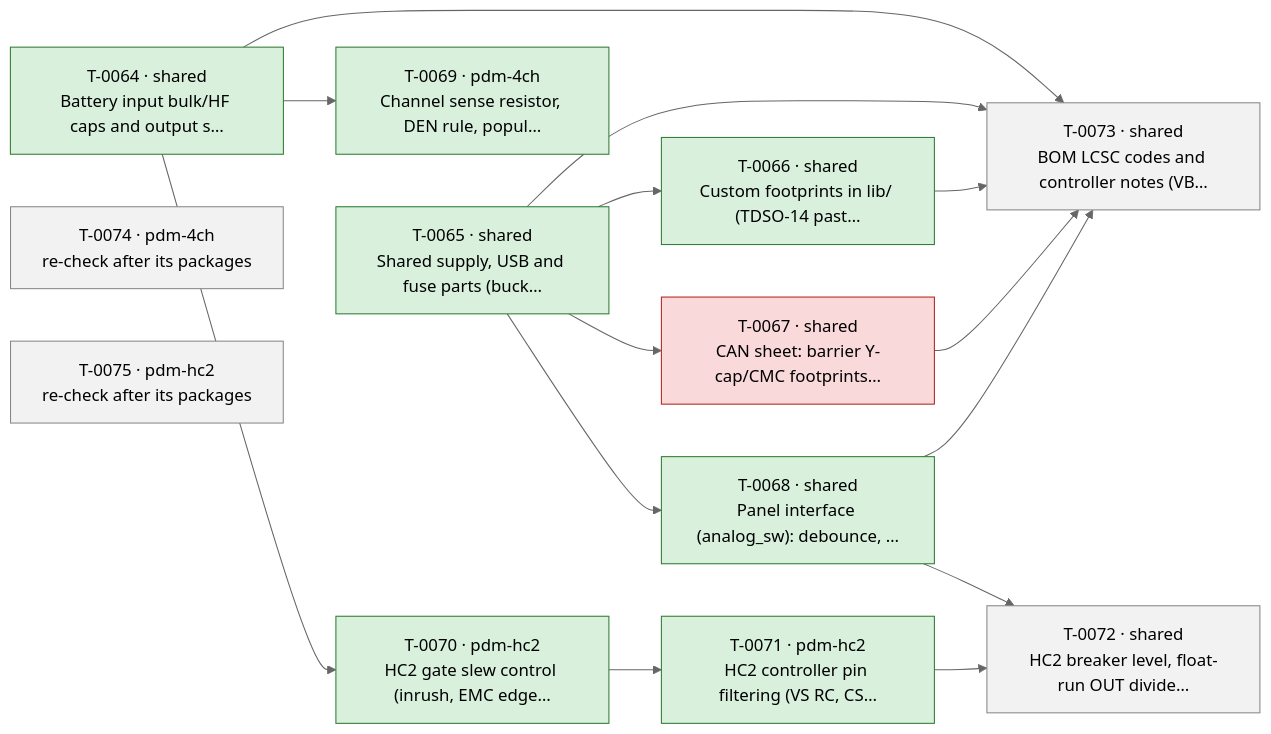
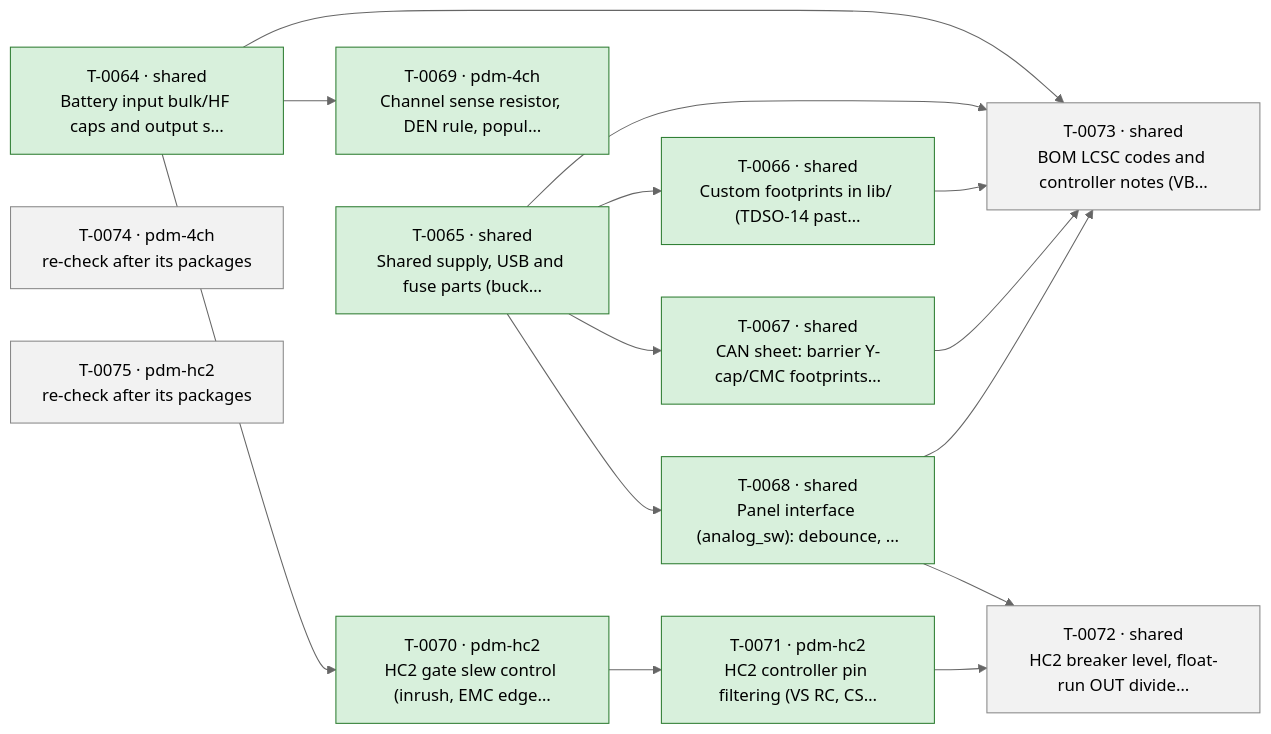
The diagram in docs/ROADMAP.md (plektra/ESP32-PDM), drawn with Mermaid (neutral theme) before and after one commit. The commit also changed other lines of this file and 1 other file, not shown here.

````diff
--- a/docs/ROADMAP.md
+++ b/docs/ROADMAP.md
@@ -18,32 +18,32 @@
 ```mermaid
 flowchart LR
   T0064["T-0064 · shared<br/>Battery input bulk/HF caps and output s…"]:::done
   T0065["T-0065 · shared<br/>Shared supply, USB and fuse parts (buck…"]:::done
   T0066["T-0066 · shared<br/>Custom footprints in lib/ (TDSO-14 past…"]:::done
-  T0067["T-0067 · shared<br/>CAN sheet: barrier Y-cap/CMC footprints…"]:::failed
+  T0067["T-0067 · shared<br/>CAN sheet: barrier Y-cap/CMC footprints…"]:::done
   T0068["T-0068 · shared<br/>Panel interface (analog_sw): debounce, …"]:::done
   T0069["T-0069 · pdm-4ch<br/>Channel sense resistor, DEN rule, popul…"]:::done
   T0070["T-0070 · pdm-hc2<br/>HC2 gate slew control (inrush, EMC edge…"]:::done
   T0071["T-0071 · pdm-hc2<br/>HC2 controller pin filtering (VS RC, CS…"]:::done
   T0072["T-0072 · shared<br/>HC2 breaker level, float-run OUT divide…"]:::ready
   T0073["T-0073 · shared<br/>BOM LCSC codes and controller notes (VB…"]:::ready
   T0074["T-0074 · pdm-4ch<br/>re-check after its packages"]:::ready
   T0075["T-0075 · pdm-hc2<br/>re-check after its packages"]:::ready
   T0065 --> T0066
   T0065 --> T0067
   T0065 --> T0068
   T0064 --> T0069
   T0064 --> T0070
   T0070 --> T0071
   T0068 --> T0072
   T0071 --> T0072
   T0064 --> T0073
   T0065 --> T0073
   T0066 --> T0073
   T0067 --> T0073
   T0068 --> T0073
   classDef done fill:#d8f0dc,stroke:#2e7d32
   classDef running fill:#d6e6ff,stroke:#1f5fbf
   classDef ready fill:#f2f2f2,stroke:#888
   classDef failed fill:#f9d9d9,stroke:#b3261e
 ```
````
